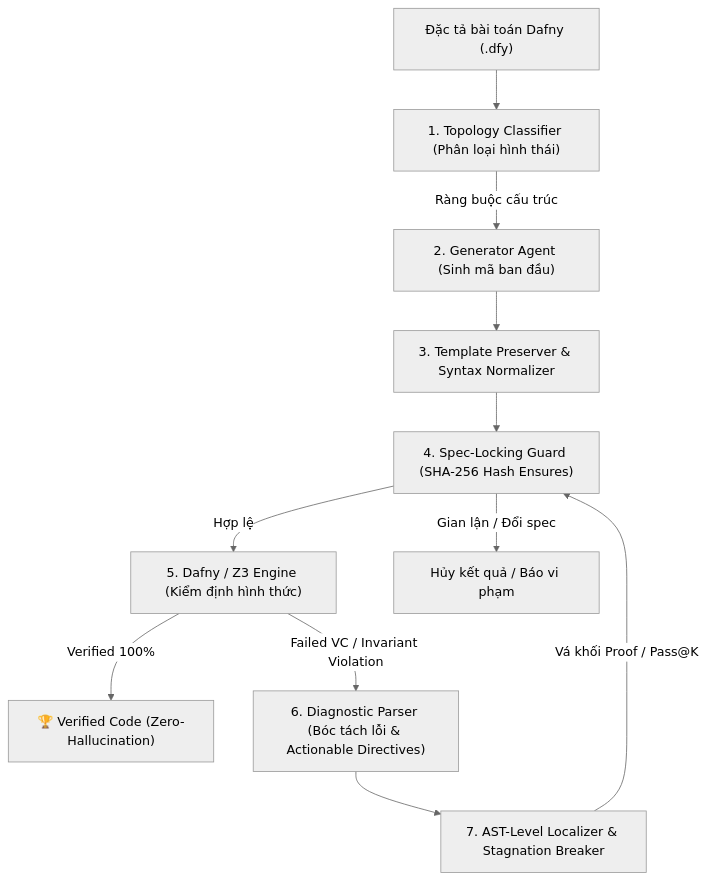
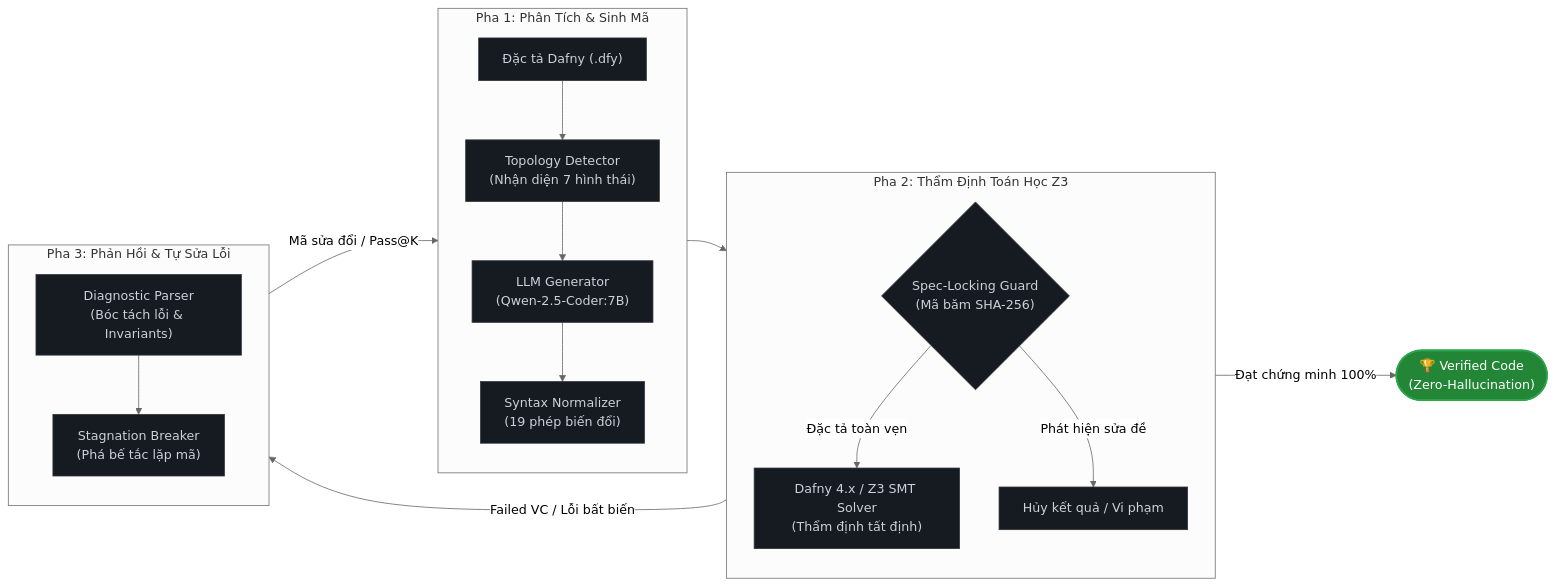
One commit to KhoaSuyThan/Formal_Verification-in-the-Loop changed the diagram in README.md. Above: the diagram before and after it, drawn with Mermaid (neutral theme). The commit also changed other lines of this file, not shown here.

Commit message:
Sửa readme

````diff
--- a/README.md
+++ b/README.md
@@ -13,13 +13,32 @@
 ```mermaid
-flowchart TD
-    A["Đặc tả bài toán Dafny (.dfy)"] --> B["1. Topology Classifier (Phân loại hình thái)"]
-    B -->|Ràng buộc cấu trúc| C["2. Generator Agent (Sinh mã ban đầu)"]
-    C --> D["3. Template Preserver & Syntax Normalizer"]
-    D --> E["4. Spec-Locking Guard (SHA-256 Hash Ensures)"]
-    E -->|Hợp lệ| F["5. Dafny / Z3 Engine (Kiểm định hình thức)"]
-    E -->|Gian lận / Đổi spec| X["Hủy kết quả / Báo vi phạm"]
-    F -->|Verified 100%| G["🏆 Verified Code (Zero-Hallucination)"]
-    F -->|Failed VC / Invariant Violation| H["6. Diagnostic Parser (Bóc tách lỗi & Actionable Directives)"]
-    H --> I["7. AST-Level Localizer & Stagnation Breaker"]
-    I -->|Vá khối Proof / Pass@K| E
+flowchart LR
+    subgraph P1 ["Pha 1: Phân Tích & Sinh Mã"]
+        direction TB
+        A["Đặc tả Dafny (.dfy)"] --> B["Topology Detector<br/>(Nhận diện 7 hình thái)"]
+        B --> C["LLM Generator<br/>(Qwen-2.5-Coder:7B)"]
+        C --> D["Syntax Normalizer<br/>(19 phép biến đổi)"]
+    end
+
+    subgraph P2 ["Pha 2: Thẩm Định Toán Học Z3"]
+        direction TB
+        E{"Spec-Locking Guard<br/>(Mã băm SHA-256)"}
+        F["Dafny 4.x / Z3 SMT Solver<br/>(Thẩm định tất định)"]
+        E -->|Đặc tả toàn vẹn| F
+        E -->|Phát hiện sửa đề| X["Hủy kết quả / Vi phạm"]
+    end
+
+    subgraph P3 ["Pha 3: Phản Hồi & Tự Sửa Lỗi"]
+        direction TB
+        H["Diagnostic Parser<br/>(Bóc tách lỗi & Invariants)"]
+        I["Stagnation Breaker<br/>(Phá bế tắc lặp mã)"]
+        H --> I
+    end
+
+    D --> E
+    F -->|Đạt chứng minh 100%| G(["🏆 Verified Code<br/>(Zero-Hallucination)"]):::passStyle
+    F -->|Failed VC / Lỗi bất biến| H
+    I -->|Mã sửa đổi / Pass@K| D
+
+    classDef passStyle fill:#238636,stroke:#2ea44f,stroke-width:2px,color:#fff;
+    classDef default fill:#161b22,stroke:#30363d,stroke-width:1px,color:#c9d1d9;
 ```
````
